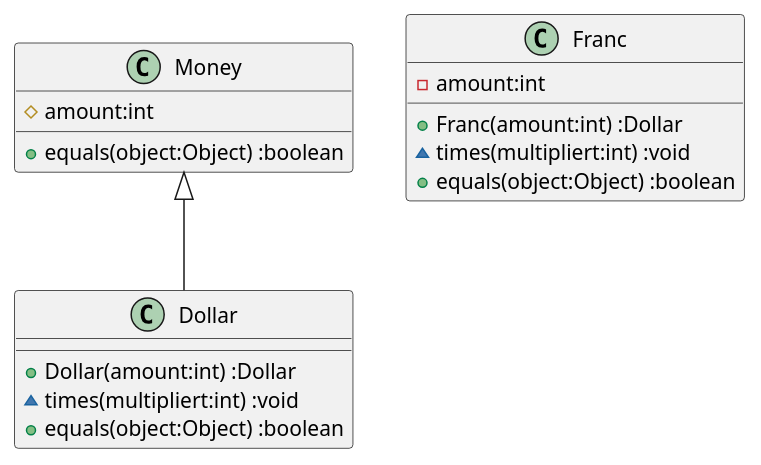
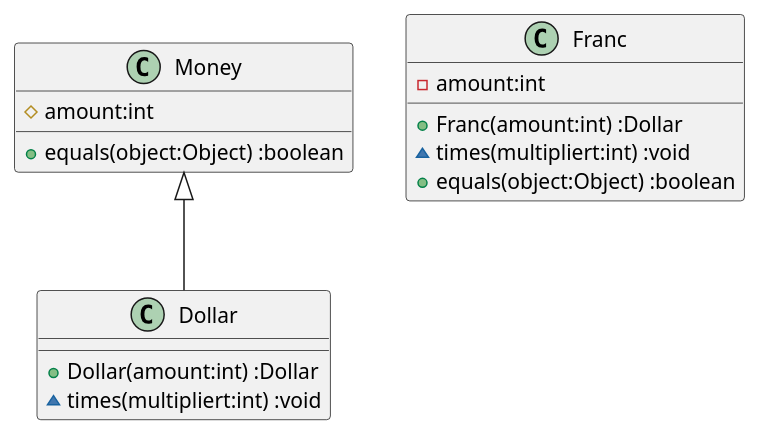
Before and after one commit to k2works/etude_for_java: the diagram in docs/src/TDD.md, drawn with PlantUML. The commit also changed 3 other files, not shown here.

````diff
--- a/docs/src/TDD.md
+++ b/docs/src/TDD.md
@@ -59,18 +59,17 @@
 ```puml
 class Dollar {
   +Dollar(amount:int) :Dollar
   ~times(multipliert:int) :void
-  +equals(object:Object) :boolean
 }
 class Franc {
   -amount:int
   +Franc(amount:int) :Dollar
   ~times(multipliert:int) :void
   +equals(object:Object) :boolean
 }
 class Money {
   #amount:int
   +equals(object:Object) :boolean  
 }
 Money <|-- Dollar
 ```
````
